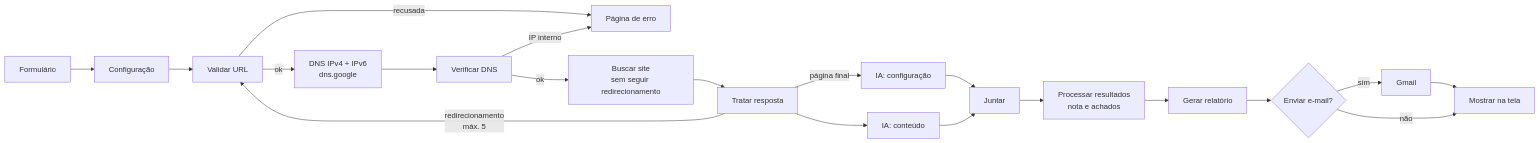
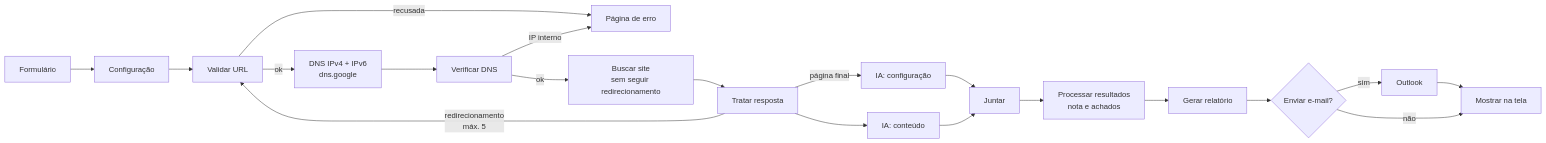
The diagram in README.md (dilione-junior/scanner-seguranca-web), drawn with Mermaid before and after one commit. The commit also changed other lines of this file and 7 other files, not shown here.

First line of the commit message:
Outlook no lugar do Gmail, modelo Gemini atual e credenciais reaproveitadas

````diff
--- a/README.md
+++ b/README.md
@@ -23,18 +23,18 @@
 ```mermaid
 flowchart LR
     F[Formulário] --> C[Configuração] --> V[Validar URL]
     V -->|recusada| E[Página de erro]
     V -->|ok| D[DNS IPv4 + IPv6<br/>dns.google] --> VD[Verificar DNS]
     VD -->|IP interno| E
     VD -->|ok| B[Buscar site<br/>sem seguir redirecionamento]
     B --> T[Tratar resposta]
     T -->|redirecionamento<br/>máx. 5| V
     T -->|página final| IA1[IA: configuração]
     T --> IA2[IA: conteúdo]
     IA1 --> J[Juntar] 
     IA2 --> J
     J --> P[Processar resultados<br/>nota e achados] --> R[Gerar relatório]
     R --> G{Enviar e-mail?}
-    G -->|sim| GM[Gmail] --> TELA[Mostrar na tela]
+    G -->|sim| GM[Outlook] --> TELA[Mostrar na tela]
     G -->|não| TELA
 ```
````
